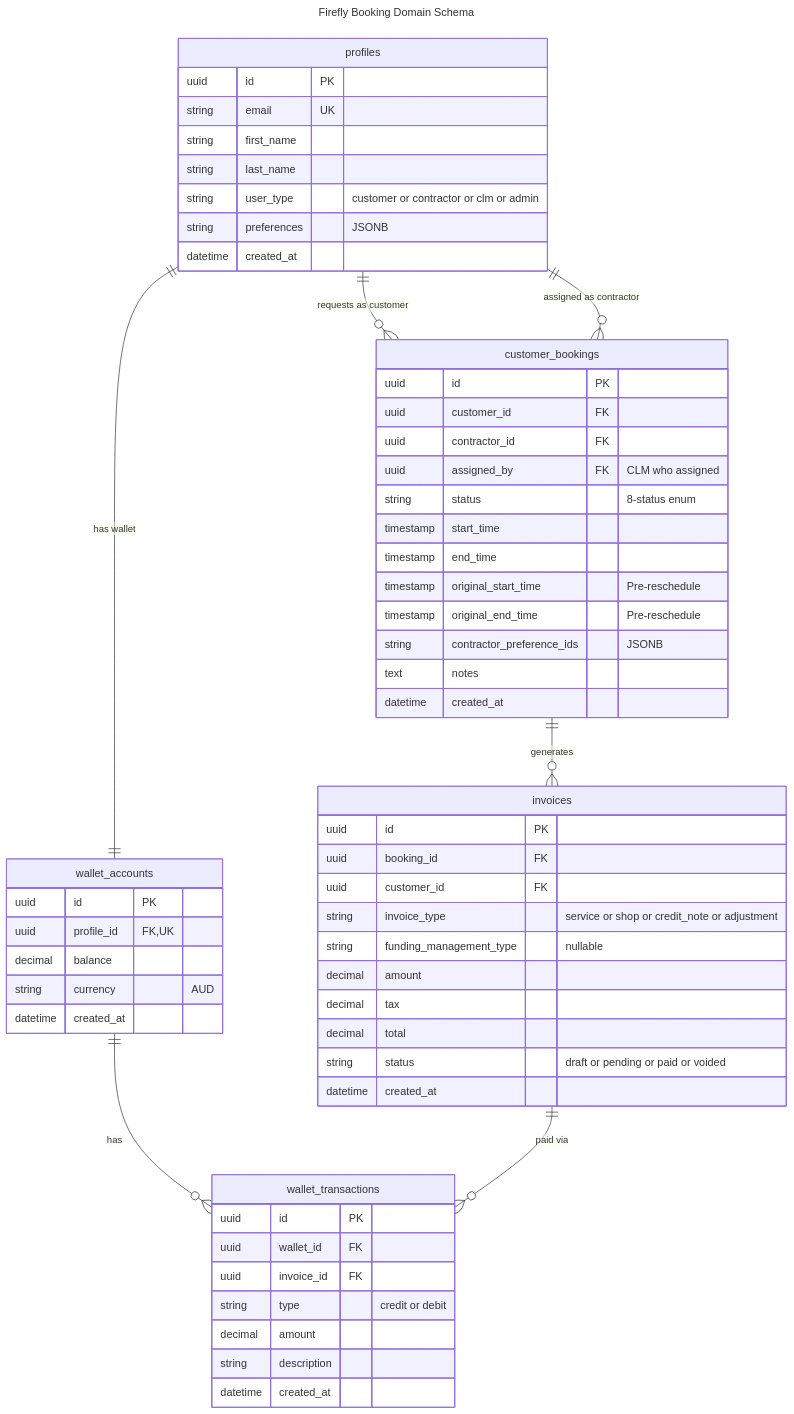
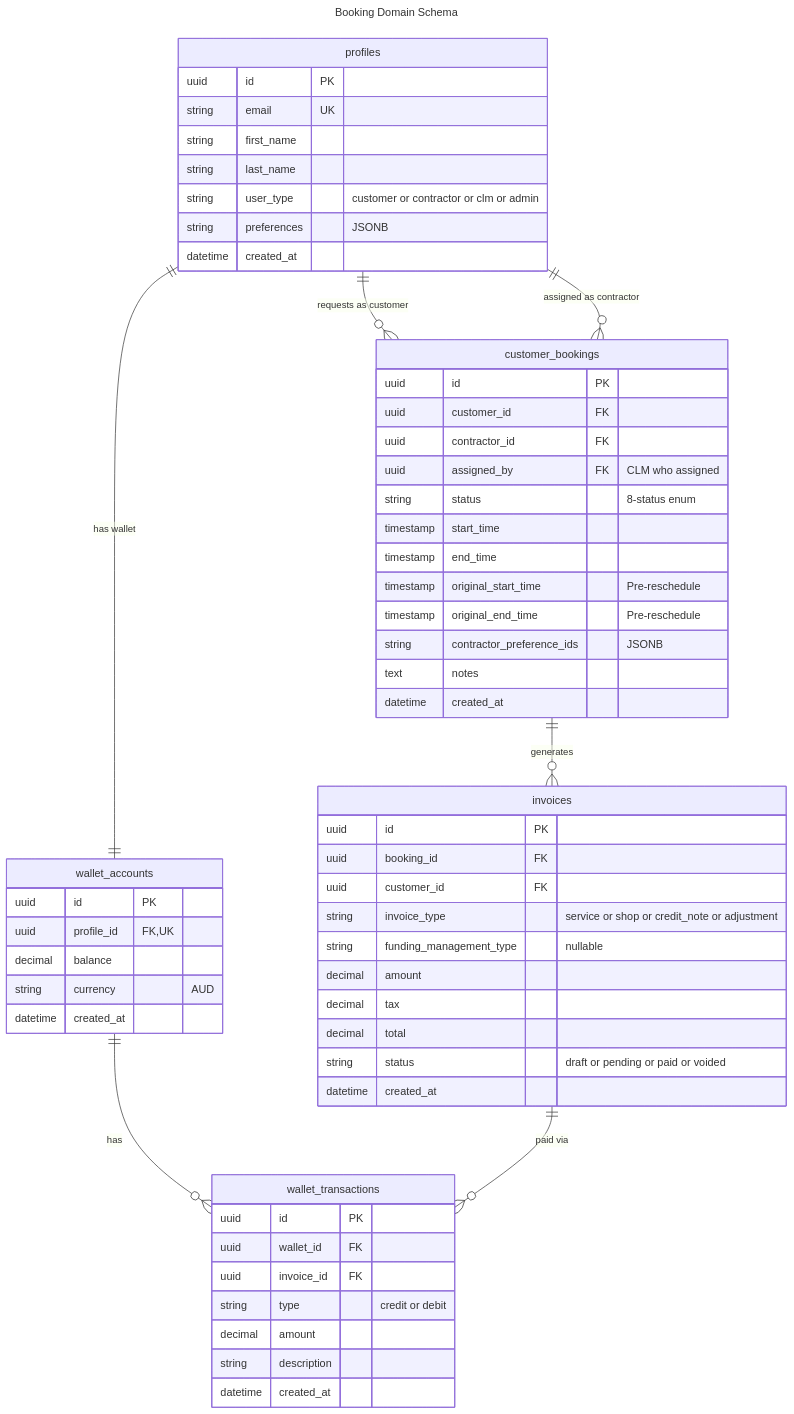
The fourth of 4 diagrams in .claude/skills/mermaid-diagrams/assets/templates/database-schema.md (unfazed-dev/nexus_store), drawn with Mermaid before and after one commit. The commit also changed other lines of this file and 10 other files, not shown here.

````diff
--- a/.claude/skills/mermaid-diagrams/assets/templates/database-schema.md
+++ b/.claude/skills/mermaid-diagrams/assets/templates/database-schema.md
@@ -213,68 +213,68 @@
 ```mermaid
 ---
-title: Firefly Booking Domain Schema
+title: Booking Domain Schema
 ---
 erDiagram
     profiles {
         uuid id PK
         string email UK
         string first_name
         string last_name
         string user_type "customer or contractor or clm or admin"
         string preferences "JSONB"
         datetime created_at
     }
 
     customer_bookings {
         uuid id PK
         uuid customer_id FK
         uuid contractor_id FK
         uuid assigned_by FK "CLM who assigned"
         string status "8-status enum"
         timestamp start_time
         timestamp end_time
         timestamp original_start_time "Pre-reschedule"
         timestamp original_end_time "Pre-reschedule"
         string contractor_preference_ids "JSONB"
         text notes
         datetime created_at
     }
 
     invoices {
         uuid id PK
         uuid booking_id FK
         uuid customer_id FK
         string invoice_type "service or shop or credit_note or adjustment"
         string funding_management_type "nullable"
         decimal amount
         decimal tax
         decimal total
         string status "draft or pending or paid or voided"
         datetime created_at
     }
 
     wallet_accounts {
         uuid id PK
         uuid profile_id FK, UK
         decimal balance
         string currency "AUD"
         datetime created_at
     }
 
     wallet_transactions {
         uuid id PK
         uuid wallet_id FK
         uuid invoice_id FK
         string type "credit or debit"
         decimal amount
         string description
         datetime created_at
     }
 
     profiles ||--o{ customer_bookings : "requests as customer"
     profiles ||--o{ customer_bookings : "assigned as contractor"
     profiles ||--|| wallet_accounts : "has wallet"
     customer_bookings ||--o{ invoices : generates
     wallet_accounts ||--o{ wallet_transactions : has
     invoices ||--o{ wallet_transactions : "paid via"
 ```
````
